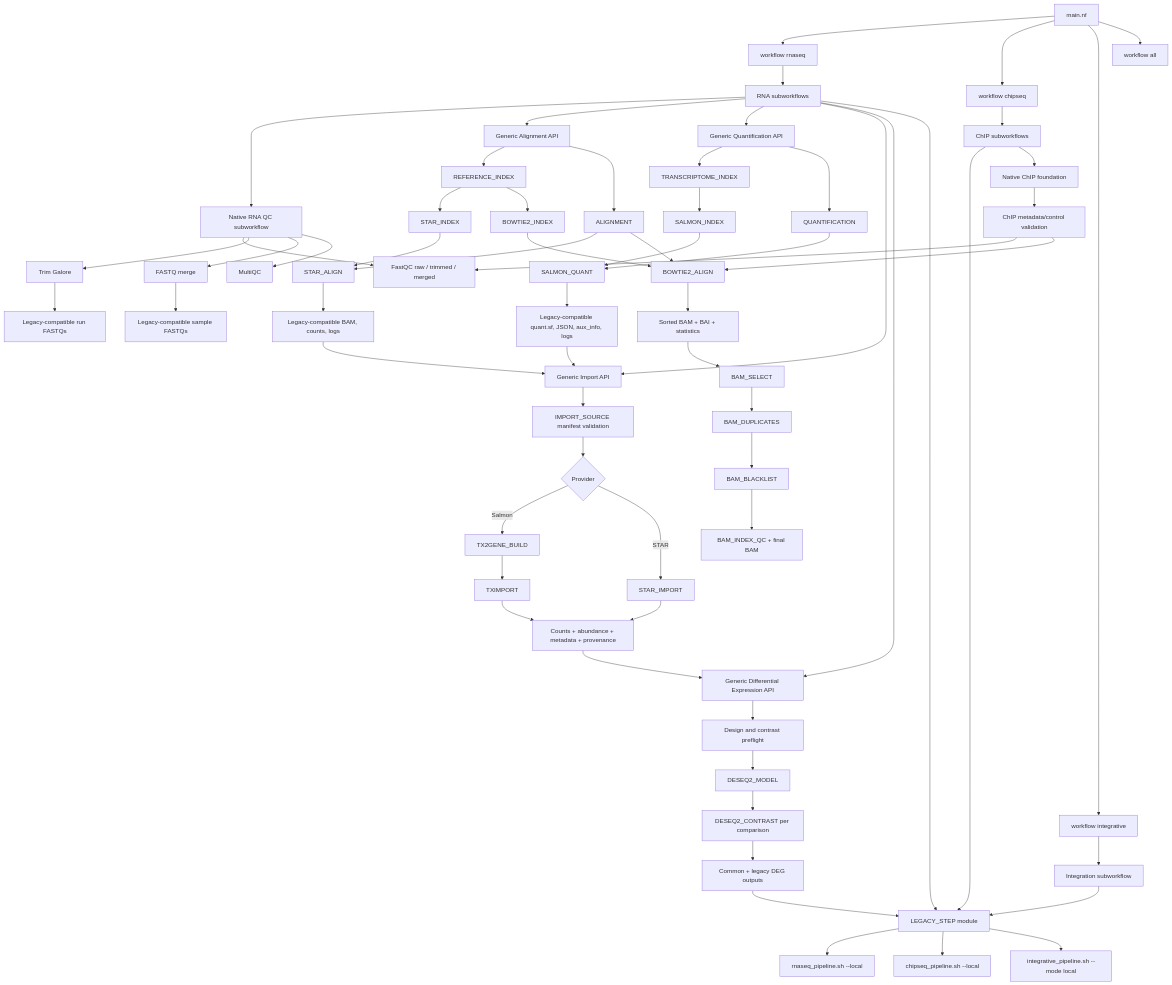
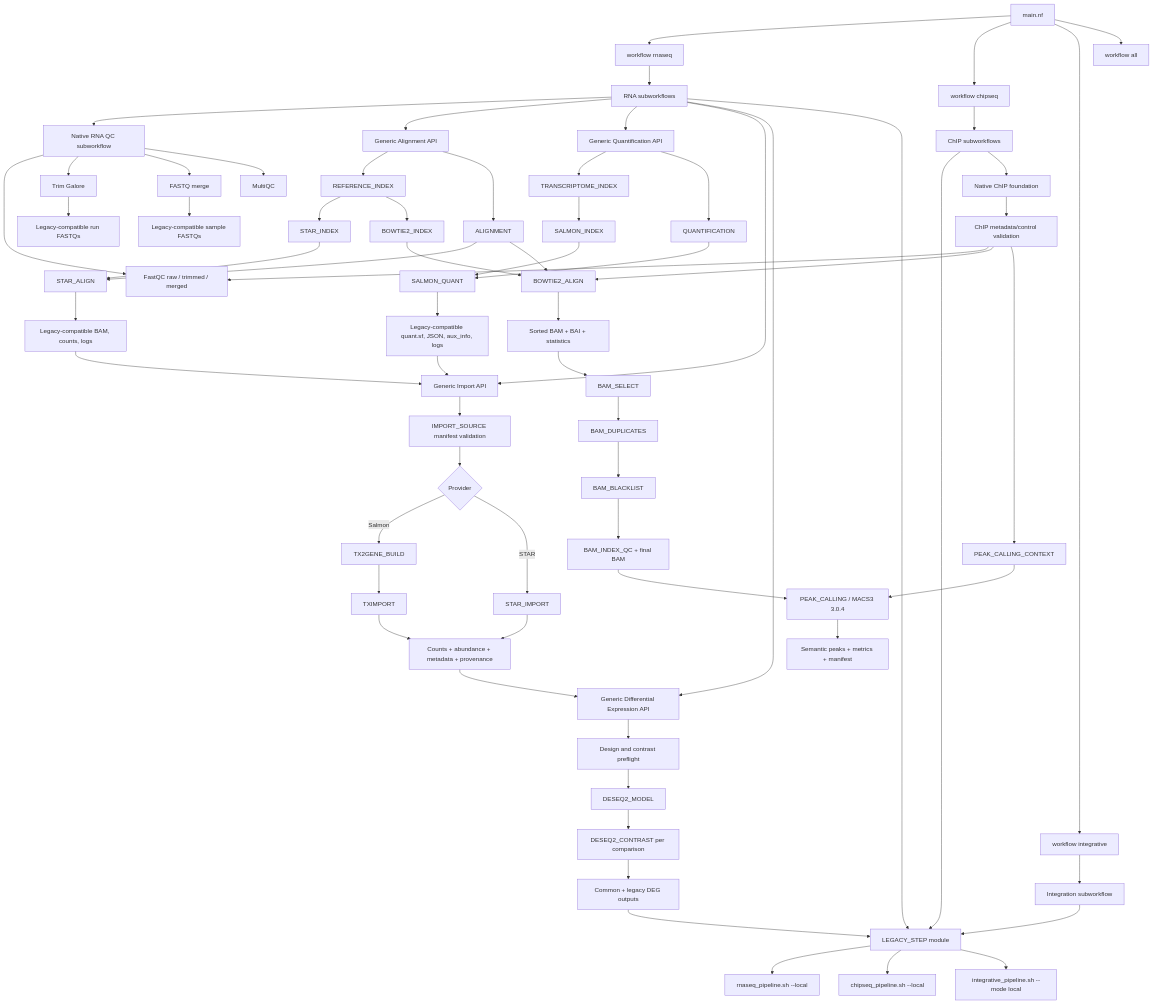
One commit to GMiguelAlves/HelixForge changed the diagram in docs/architecture.md. Above: the diagram before and after it, drawn with Mermaid. The commit also changed other lines of this file and 12 other files, not shown here.

Commit message:
Document native peak calling

````diff
--- a/docs/architecture.md
+++ b/docs/architecture.md
@@ -3,69 +3,73 @@
 ```mermaid
 flowchart TB
     MAIN["main.nf"] --> RNA["workflow rnaseq"]
     MAIN --> CHIP["workflow chipseq"]
     MAIN --> INT["workflow integrative"]
     MAIN --> ALL["workflow all"]
 
     RNA --> RSW["RNA subworkflows"]
     CHIP --> CSW["ChIP subworkflows"]
     INT --> ISW["Integration subworkflow"]
 
     RSW --> QC["Native RNA QC subworkflow"]
     RSW --> RNAALIGN["Generic Alignment API"]
     RSW --> RNAQUANT["Generic Quantification API"]
     RSW --> RNAIMPORT["Generic Import API"]
     RSW --> RNADE["Generic Differential Expression API"]
     RSW --> WRAP["LEGACY_STEP module"]
     CSW --> WRAP
     CSW --> CHIPNATIVE["Native ChIP foundation"]
     ISW --> WRAP
 
     WRAP --> RB["rnaseq_pipeline.sh --local"]
     WRAP --> CB["chipseq_pipeline.sh --local"]
     WRAP --> IB["integrative_pipeline.sh --mode local"]
     QC --> FASTQC["FastQC raw / trimmed / merged"]
     QC --> TRIM["Trim Galore"]
     QC --> MERGE["FASTQ merge"]
     QC --> MULTIQC["MultiQC"]
     RNAALIGN --> REFINDEX["REFERENCE_INDEX"]
     REFINDEX --> STARINDEX["STAR_INDEX"]
     REFINDEX --> BOWTIEINDEX["BOWTIE2_INDEX"]
     RNAALIGN --> ALIGN["ALIGNMENT"]
     ALIGN --> STARALIGN["STAR_ALIGN"]
     ALIGN --> BOWTIEALIGN["BOWTIE2_ALIGN"]
     STARINDEX --> STARALIGN
     BOWTIEINDEX --> BOWTIEALIGN
     STARALIGN --> STAROUT["Legacy-compatible BAM, counts, logs"]
     RNAQUANT --> TRANSCRIPTINDEX["TRANSCRIPTOME_INDEX"]
     TRANSCRIPTINDEX --> SALMONINDEX["SALMON_INDEX"]
     RNAQUANT --> QUANTIFY["QUANTIFICATION"]
     QUANTIFY --> SALMONQUANT["SALMON_QUANT"]
     SALMONINDEX --> SALMONQUANT
     SALMONQUANT --> SALMONOUT["Legacy-compatible quant.sf, JSON, aux_info, logs"]
     STAROUT --> RNAIMPORT
     SALMONOUT --> RNAIMPORT
     RNAIMPORT --> SOURCE["IMPORT_SOURCE manifest validation"]
     SOURCE --> PROVIDER{"Provider"}
     PROVIDER -->|Salmon| TX2GENE["TX2GENE_BUILD"]
     TX2GENE --> TXIMPORT["TXIMPORT"]
     PROVIDER -->|STAR| STARIMPORT["STAR_IMPORT"]
     TXIMPORT --> COMMON["Counts + abundance + metadata + provenance"]
     STARIMPORT --> COMMON
     COMMON --> RNADE
     RNADE --> PREFLIGHT["Design and contrast preflight"]
     PREFLIGHT --> MODEL["DESEQ2_MODEL"]
     MODEL --> CONTRAST["DESEQ2_CONTRAST per comparison"]
     CONTRAST --> DEOUT["Common + legacy DEG outputs"]
     DEOUT --> WRAP
     TRIM --> TRIMMED["Legacy-compatible run FASTQs"]
     MERGE --> MERGED["Legacy-compatible sample FASTQs"]
     CHIPNATIVE --> CHIPMETA["ChIP metadata/control validation"]
     CHIPMETA --> FASTQC
     CHIPMETA --> BOWTIEALIGN
     BOWTIEALIGN --> CHIPBAM["Sorted BAM + BAI + statistics"]
     CHIPBAM --> BAMSELECT["BAM_SELECT"]
     BAMSELECT --> BAMDUP["BAM_DUPLICATES"]
     BAMDUP --> BAMBLACK["BAM_BLACKLIST"]
     BAMBLACK --> BAMFINAL["BAM_INDEX_QC + final BAM"]
+    CHIPMETA --> PEAKCTX["PEAK_CALLING_CONTEXT"]
+    BAMFINAL --> MACS3["PEAK_CALLING / MACS3 3.0.4"]
+    PEAKCTX --> MACS3
+    MACS3 --> PEAKOUT["Semantic peaks + metrics + manifest"]
 ```
````
